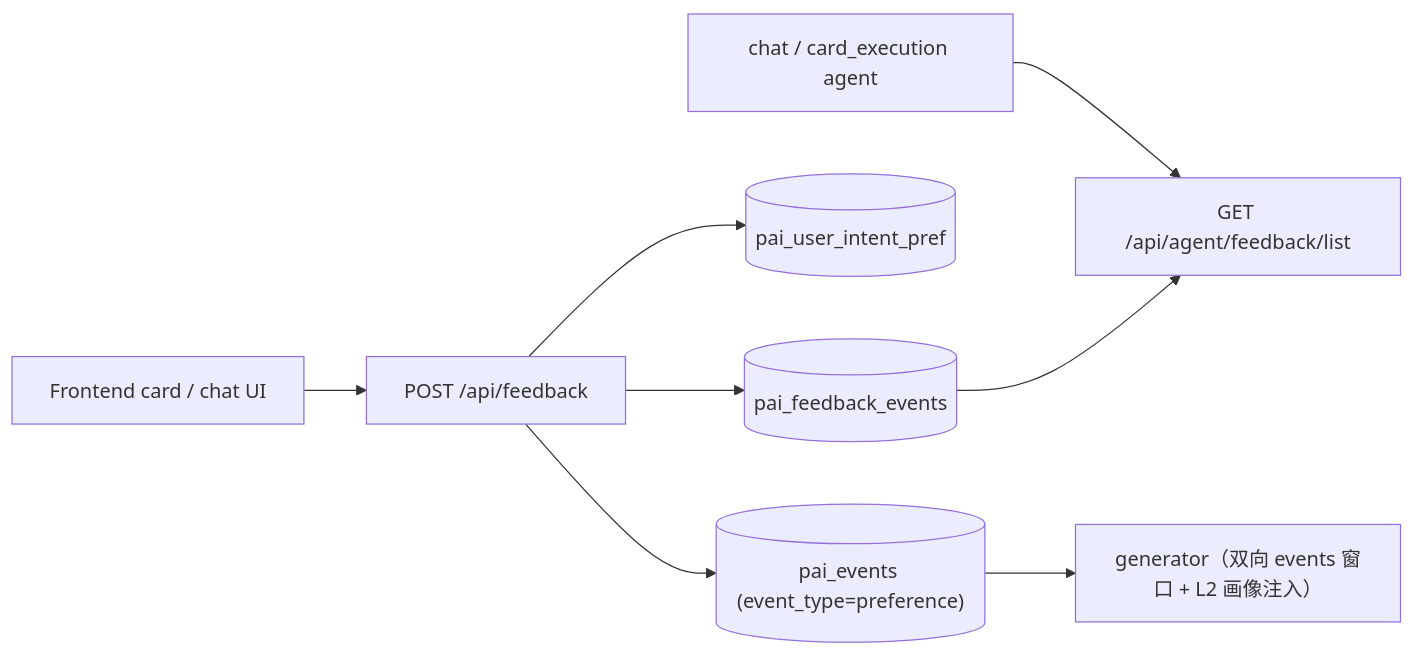
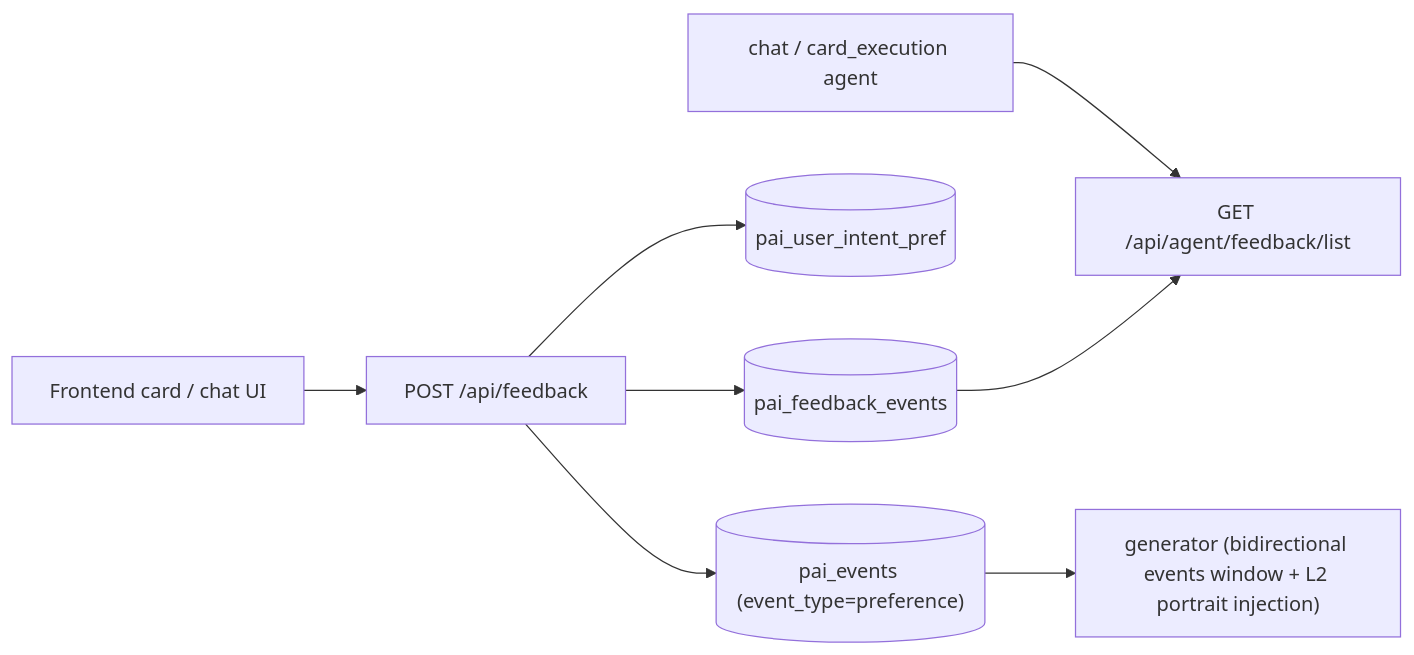
The first of 2 diagrams in docs/modules/feedback.mdx (Edge-AI-HQ/proactive-assistant), drawn with Mermaid before and after one commit. The commit also changed other lines of this file and 12 other files, not shown here.

````diff
--- a/docs/modules/feedback.mdx
+++ b/docs/modules/feedback.mdx
@@ -16,10 +16,10 @@
 ```mermaid
 flowchart LR
   UI["Frontend card / chat UI"] --> Feedback["POST /api/feedback"]
   Feedback --> Events[("pai_feedback_events")]
   Feedback --> Fingerprint[("pai_user_intent_pref")]
   Feedback --> Prefs[("pai_events (event_type=preference)")]
   Agent["chat / card_execution agent"] --> AgentFeedback["GET /api/agent/feedback/list"]
   Events --> AgentFeedback
-  Prefs --> Gen["generator（双向 events 窗口 + L2 画像注入）"]
+  Prefs --> Gen["generator (bidirectional events window + L2 portrait injection)"]
 ```
````
